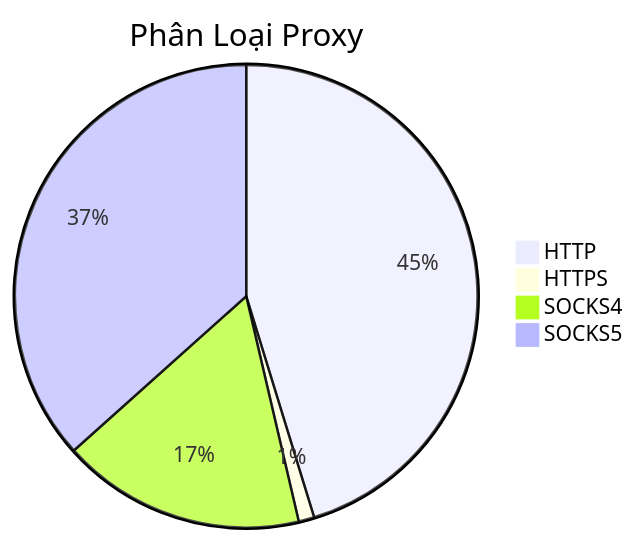
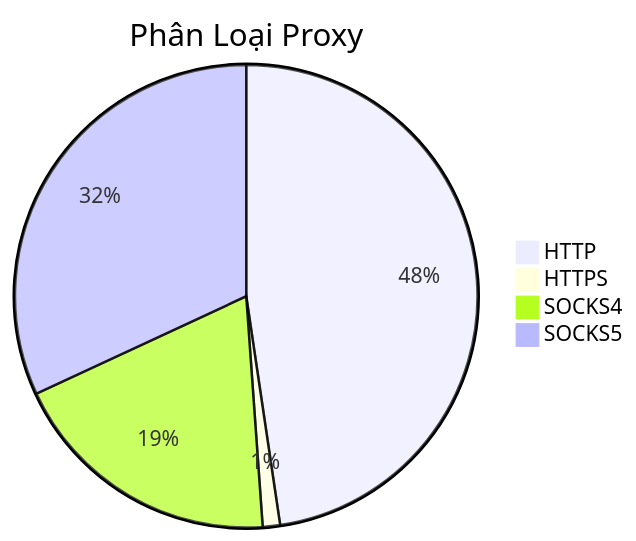
The diagram in README.md (Ciara-Aa/PROXY-free), drawn with Mermaid before and after one commit. The commit also changed other lines of this file and 4 other files, not shown here.

````diff
--- a/README.md
+++ b/README.md
@@ -26,7 +26,7 @@
 ```mermaid
 pie title Phân Loại Proxy
-    "HTTP" : 372
-    "HTTPS" : 9
-    "SOCKS4" : 140
-    "SOCKS5" : 301
+    "HTTP" : 315
+    "HTTPS" : 8
+    "SOCKS4" : 127
+    "SOCKS5" : 211
 ```
````
